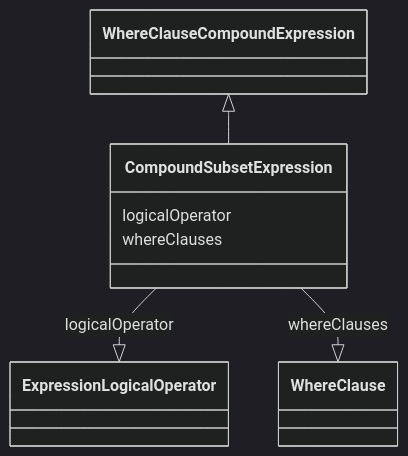
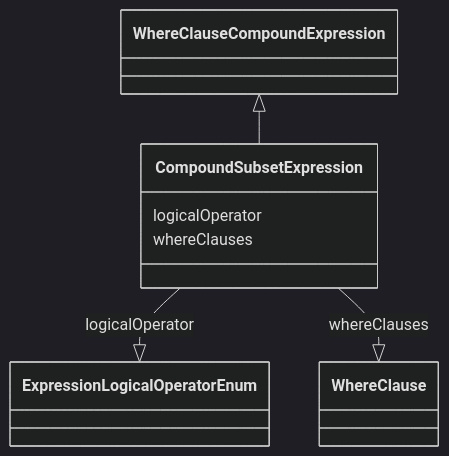
One commit to cdisc-org/analysis-results-standard changed the diagram in project/docs/CompoundSubsetExpression.md. Above: the diagram before and after it, drawn with Mermaid (dark theme). The commit also changed other lines of this file and 281 other files, not shown here.

````diff
--- a/project/docs/CompoundSubsetExpression.md
+++ b/project/docs/CompoundSubsetExpression.md
@@ -9,15 +9,15 @@
 ```mermaid
  classDiagram
     class CompoundSubsetExpression
       WhereClauseCompoundExpression <|-- CompoundSubsetExpression
       
       CompoundSubsetExpression : logicalOperator
         
-          CompoundSubsetExpression --|> ExpressionLogicalOperator : logicalOperator
+          CompoundSubsetExpression --|> ExpressionLogicalOperatorEnum : logicalOperator
         
       CompoundSubsetExpression : whereClauses
         
           CompoundSubsetExpression --|> WhereClause : whereClauses
         
       
 ```
````
